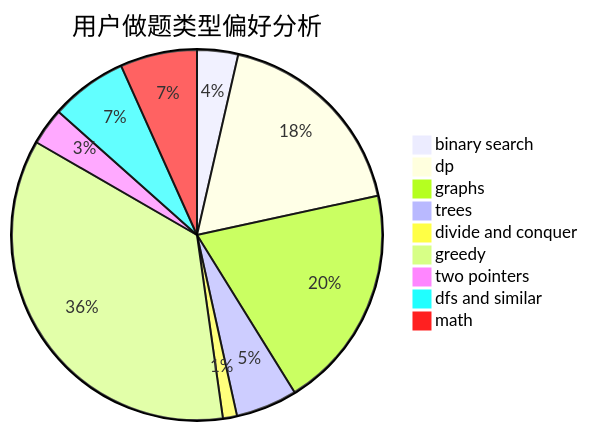
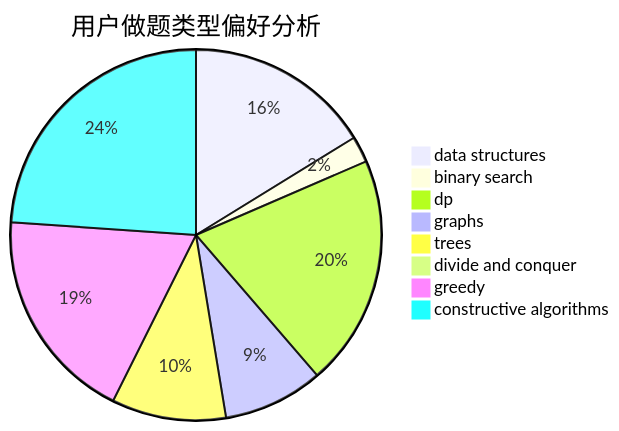
One commit to sherpahu/cfrs.github.io changed the second of 3 diagrams in docs/user/u470.md. Above: the diagram before and after it, drawn with Mermaid. The commit also changed other lines of this file and 2775 other files, not shown here.

````diff
--- a/docs/user/u470.md
+++ b/docs/user/u470.md
@@ -23,12 +23,11 @@
 ```mermaid
 pie title 用户做题类型偏好分析
-    "binary search" :  32
-    "dp" :  161
-    "graphs" :  175
+    "data structures" :  78
+    "binary search" :  11
+    "dp" :  97
+    "graphs" :  42
     "trees" :  48
-    "divide and conquer" :  11
-    "greedy" :  318
-    "two pointers" :  29
-    "dfs and similar" :  60
-    "math" :  60
+    "divide and conquer" :  0
+    "greedy" :  90
+    "constructive algorithms" :  115
 ```
````
